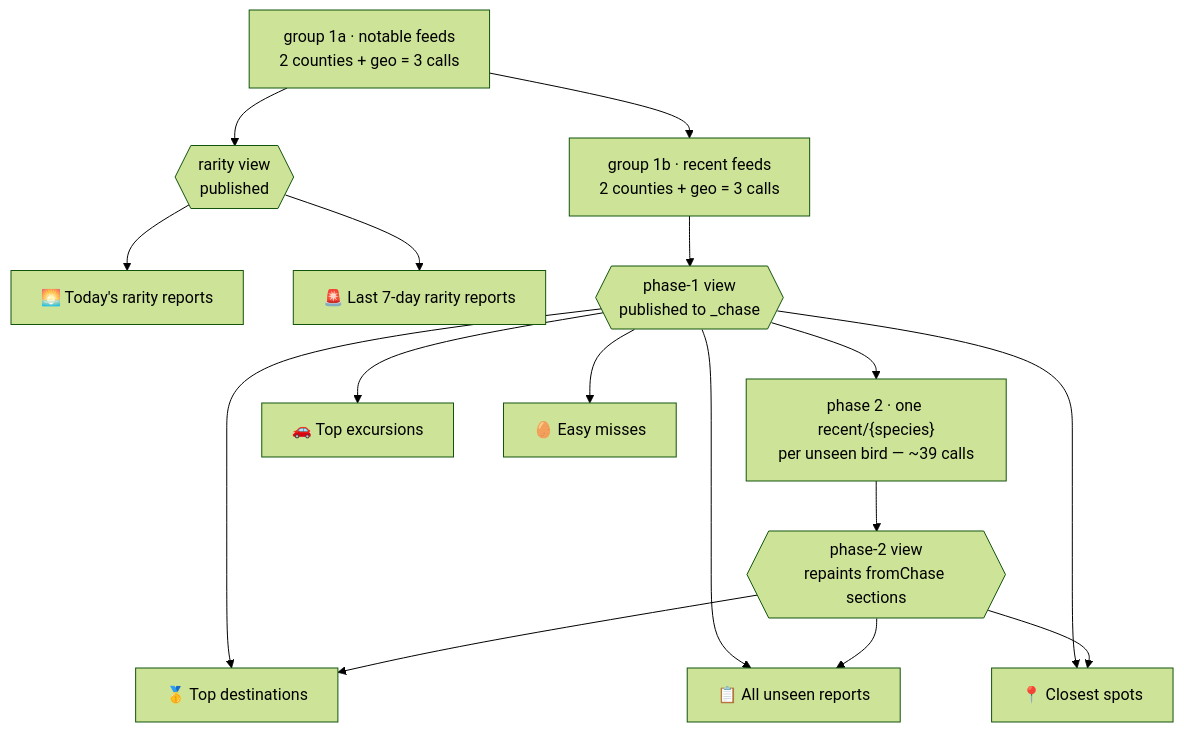
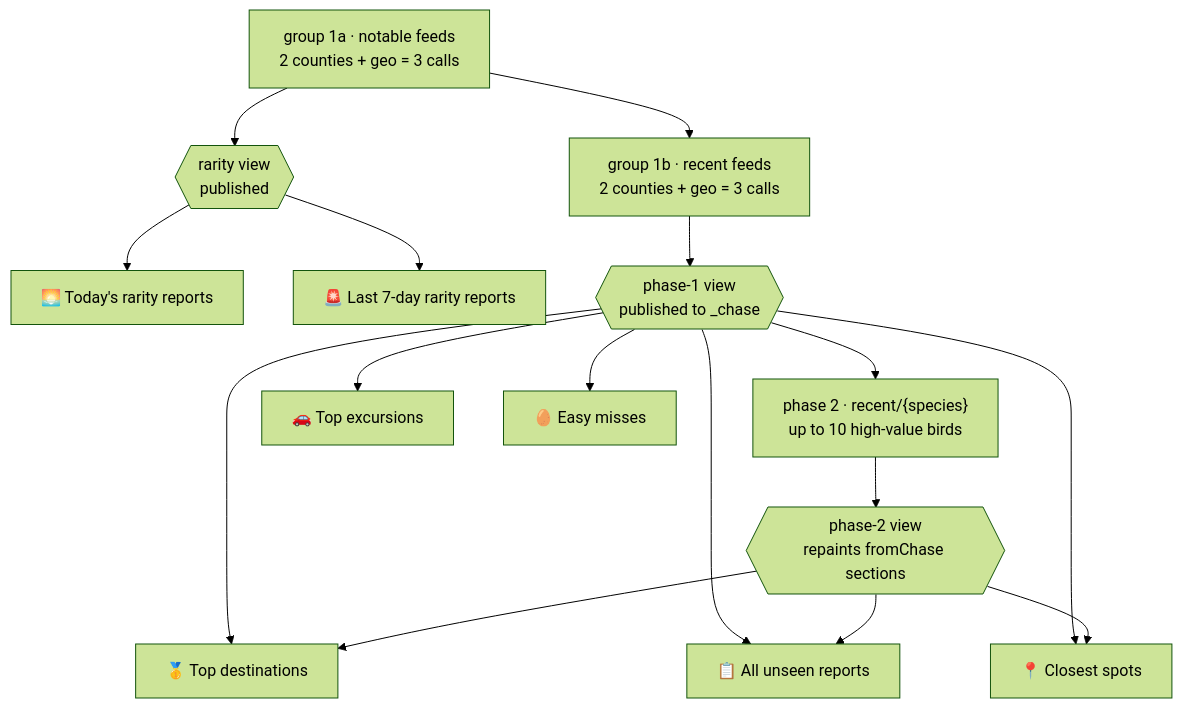
The second of 2 diagrams in docs/QUERY-PLAN.md (WyattHoutz/birding-app), drawn with Mermaid (forest theme) before and after one commit. The commit also changed other lines of this file and 4 other files, not shown here.

````diff
--- a/docs/QUERY-PLAN.md
+++ b/docs/QUERY-PLAN.md
@@ -81,18 +81,18 @@
 ```mermaid
 graph TD
   A["group 1a · notable feeds<br/>2 counties + geo = 3 calls"] --> R{{"rarity view<br/>published"}}
   R --> RA["🌅 Today's rarity reports"]
   R --> RB["🚨 Last 7-day rarity reports"]
   A --> B["group 1b · recent feeds<br/>2 counties + geo = 3 calls"]
   B --> P{{"phase-1 view<br/>published to _chase"}}
-  P --> C["phase 2 · one recent/{species}<br/>per unseen bird — ~39 calls"]
+  P --> C["phase 2 · recent/{species}<br/>up to 10 high-value birds"]
   C --> Q{{"phase-2 view<br/>repaints fromChase sections"}}
   P --> D["🥇 Top destinations"]
   P --> E["📋 All unseen reports"]
   P --> F["📍 Closest spots"]
   P --> G["🚗 Top excursions"]
   P --> H["🥚 Easy misses"]
   Q --> D
   Q --> E
   Q --> F
 ```
````
